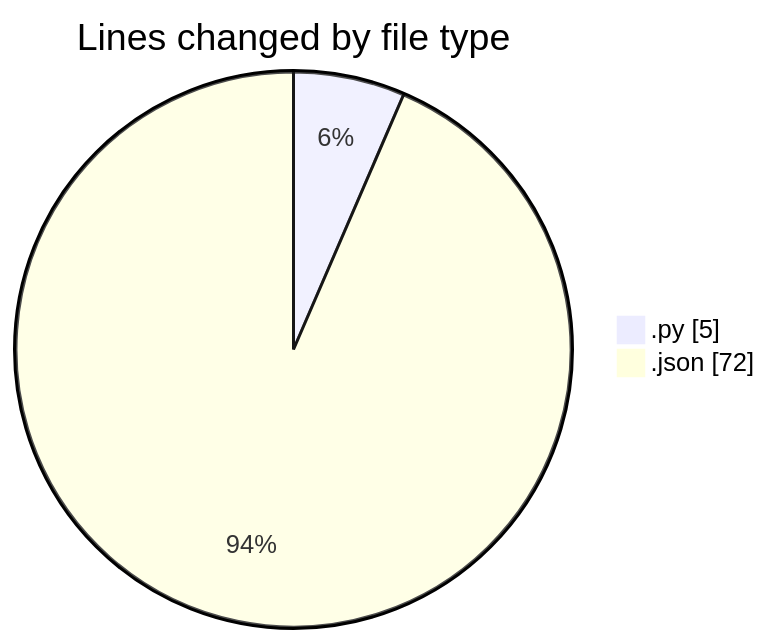
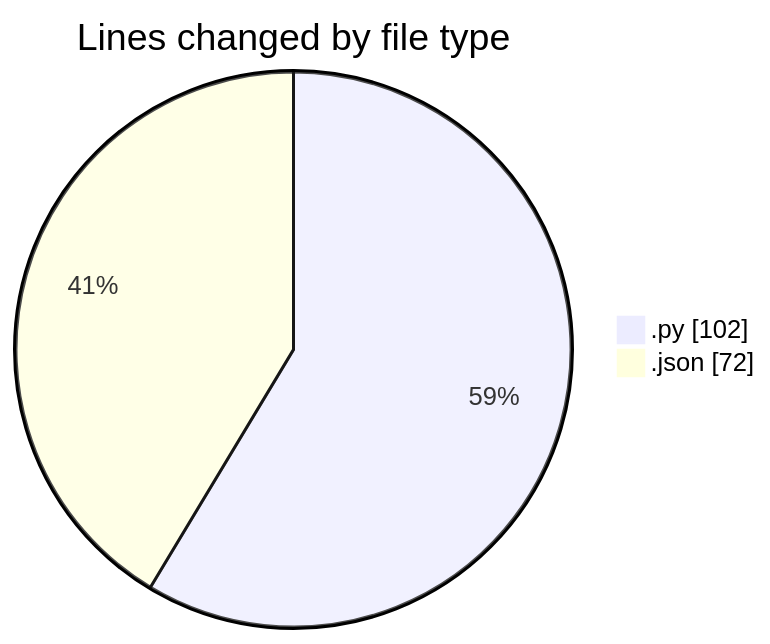
The first of 2 diagrams in 2025-02-23/samplepdf/README.md (momahboobian/code-tracking), drawn with Mermaid before and after one commit. The commit also changed other lines of this file and 1 other file, not shown here.

````diff
--- a/2025-02-23/samplepdf/README.md
+++ b/2025-02-23/samplepdf/README.md
@@ -21,6 +22,6 @@
 ```mermaid
 pie showData
 title Lines changed by file type
-".py" : 5
+".py" : 102
 ".json" : 72
 ```
````
